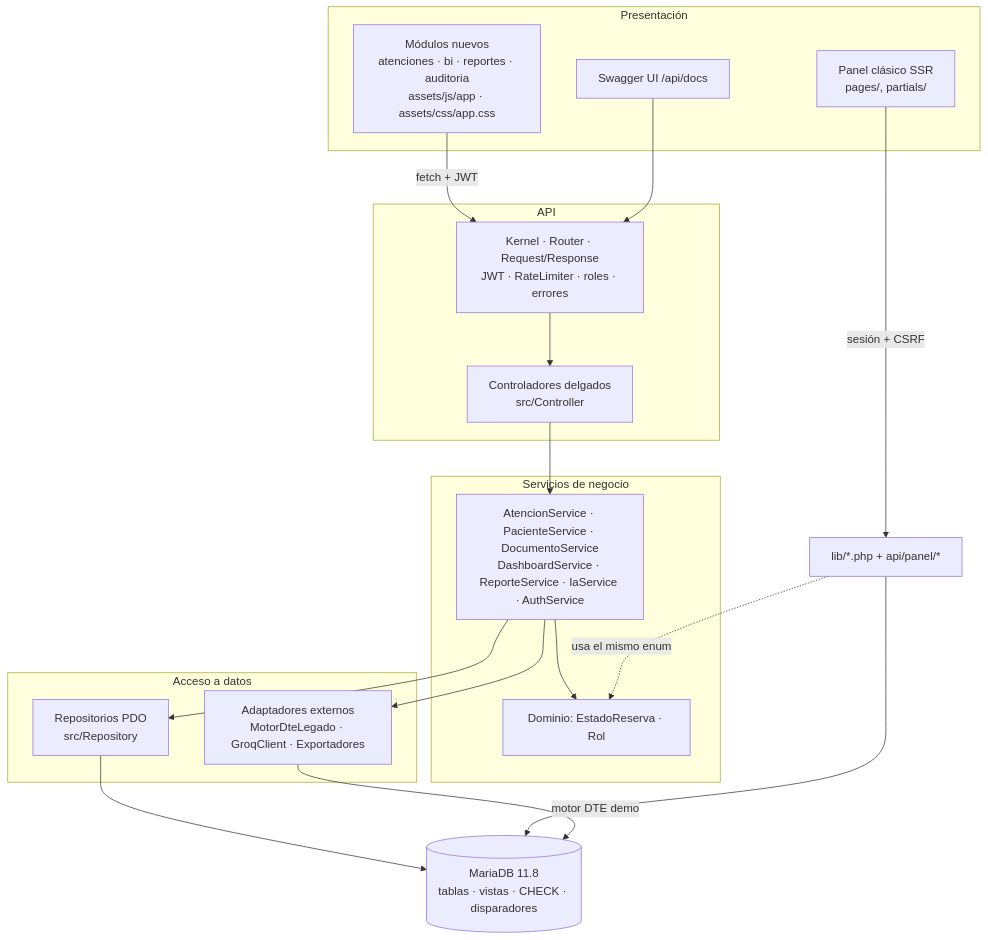
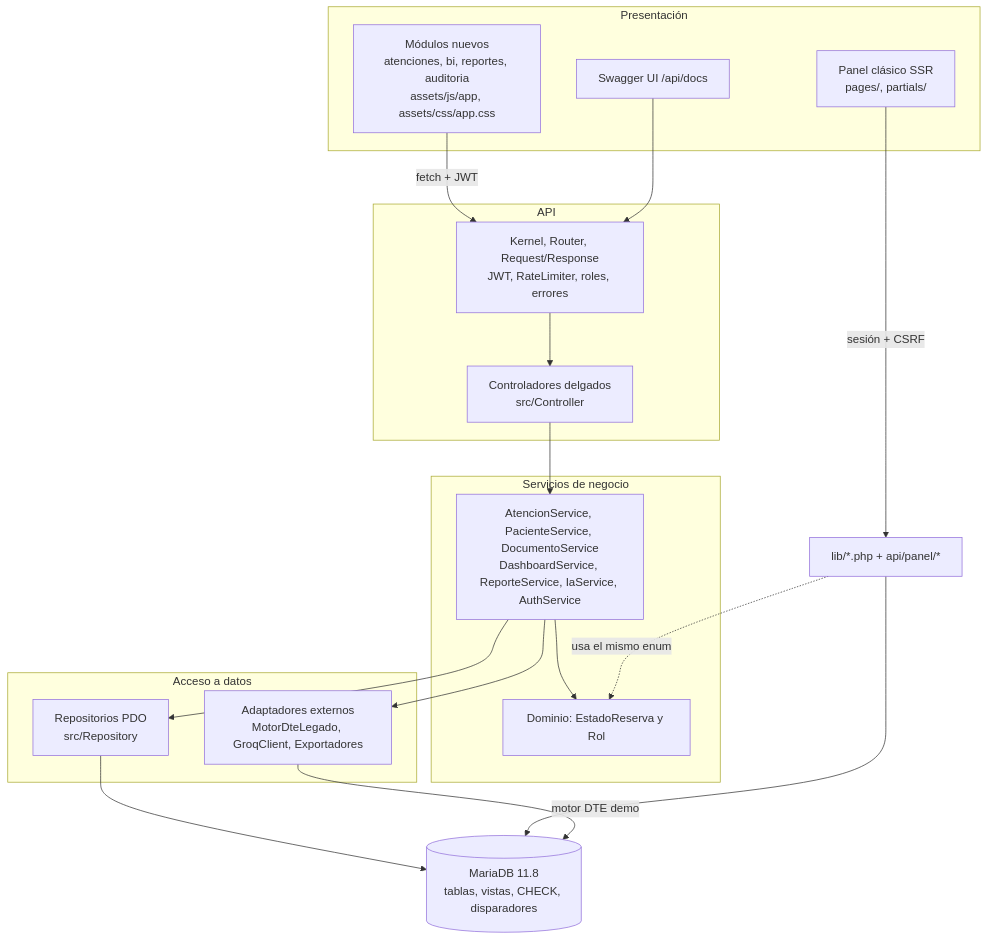
The diagram in docs/diagramas/02_capas.mmd (RocioBelenVG/Eval3EspacioLuzdemo), drawn with Mermaid before and after one commit. The commit also changed 17 other files, not shown here.

```diff
--- a/docs/diagramas/02_capas.mmd
+++ b/docs/diagramas/02_capas.mmd
@@ -1,29 +1,29 @@
 flowchart TB
     subgraph P["Presentación"]
         UI1["Panel clásico SSR<br/>pages/, partials/"]
-        UI2["Módulos nuevos<br/>atenciones · bi · reportes · auditoria<br/>assets/js/app · assets/css/app.css"]
+        UI2["Módulos nuevos<br/>atenciones, bi, reportes, auditoria<br/>assets/js/app, assets/css/app.css"]
         SW["Swagger UI /api/docs"]
     end
     subgraph A["API"]
-        K["Kernel · Router · Request/Response<br/>JWT · RateLimiter · roles · errores"]
+        K["Kernel, Router, Request/Response<br/>JWT, RateLimiter, roles, errores"]
         C["Controladores delgados<br/>src/Controller"]
     end
     subgraph S["Servicios de negocio"]
-        SV["AtencionService · PacienteService · DocumentoService<br/>DashboardService · ReporteService · IaService · AuthService"]
-        D["Dominio: EstadoReserva · Rol"]
+        SV["AtencionService, PacienteService, DocumentoService<br/>DashboardService, ReporteService, IaService, AuthService"]
+        D["Dominio: EstadoReserva y Rol"]
     end
     subgraph DA["Acceso a datos"]
         R["Repositorios PDO<br/>src/Repository"]
-        AD["Adaptadores externos<br/>MotorDteLegado · GroqClient · Exportadores"]
+        AD["Adaptadores externos<br/>MotorDteLegado, GroqClient, Exportadores"]
     end
-    DB[("MariaDB 11.8<br/>tablas · vistas · CHECK · disparadores")]
+    DB[("MariaDB 11.8<br/>tablas, vistas, CHECK, disparadores")]
     LEG["lib/*.php + api/panel/*"]
     UI2 -- "fetch + JWT" --> K
     SW --> K
     UI1 -- "sesión + CSRF" --> LEG
     K --> C --> SV --> R --> DB
     SV --> D
     SV --> AD
     LEG --> DB
     LEG -. "usa el mismo enum" .-> D
     AD -- "motor DTE demo" --> DB
```
